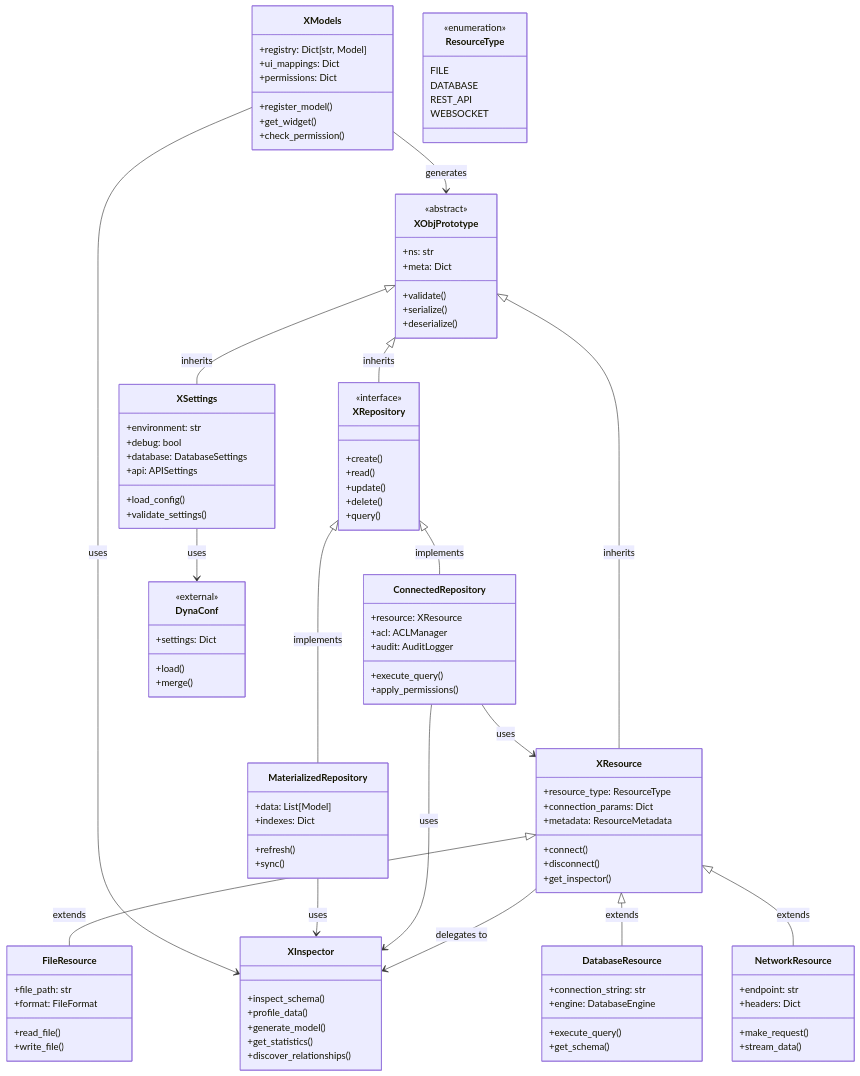
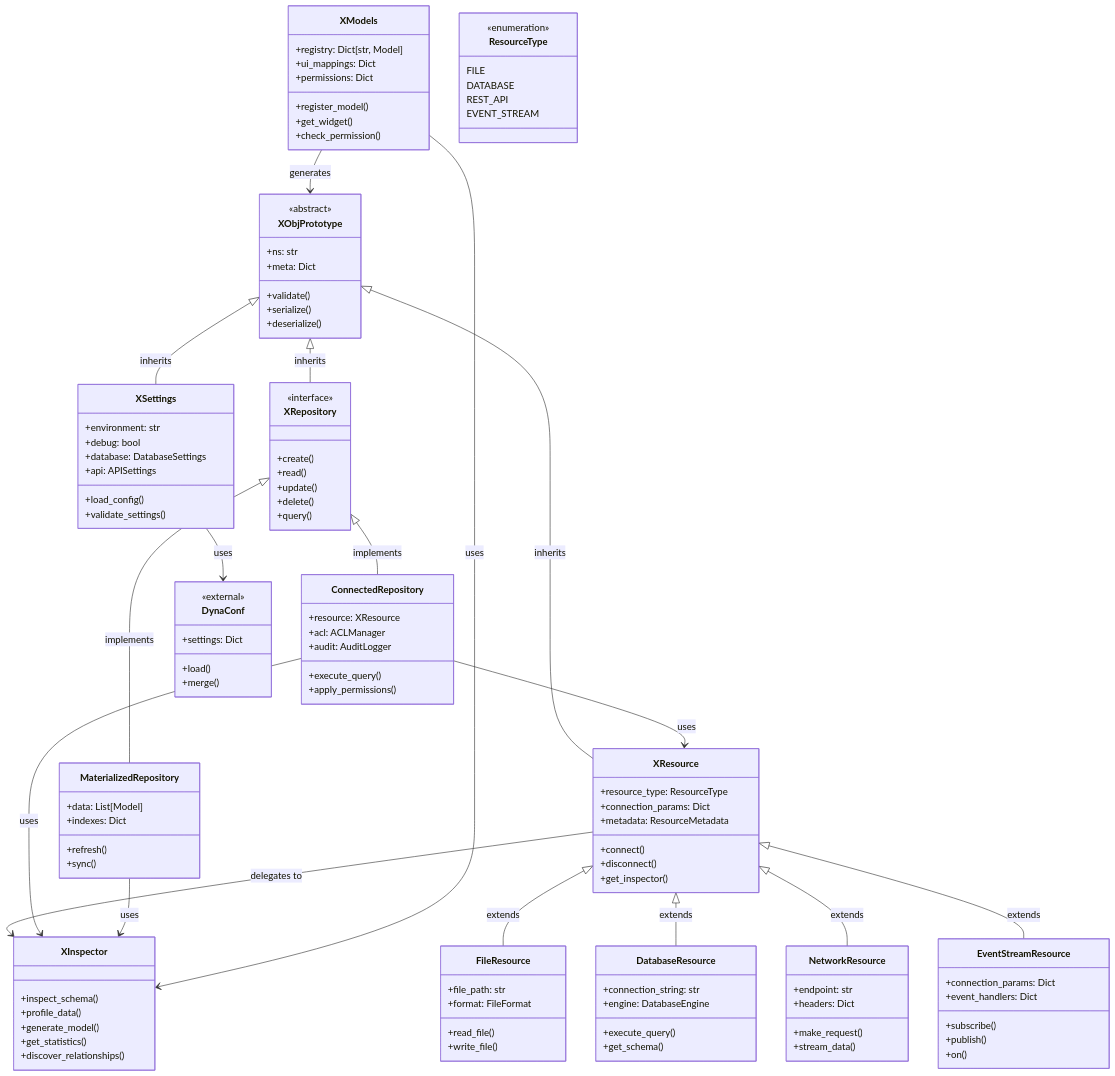
The first of 7 diagrams in FEATURES/XARCH.md (rpalshetkar/claudify), drawn with Mermaid before and after one commit. The commit also changed other lines of this file and 6 other files, not shown here.

````diff
--- a/FEATURES/XARCH.md
+++ b/FEATURES/XARCH.md
@@ -102,7 +116,7 @@
         FILE
         DATABASE
         REST_API
-        WEBSOCKET
+        EVENT_STREAM
     }
 
     class FileResource {
@@ -126,7 +140,16 @@
         +stream_data()
     }
 
+    class EventStreamResource {
+        +connection_params: Dict
+        +event_handlers: Dict
+        +subscribe()
+        +publish()
+        +on()
+    }
+
     XResource <|-- FileResource : extends
     XResource <|-- DatabaseResource : extends
     XResource <|-- NetworkResource : extends
+    XResource <|-- EventStreamResource : extends
 ```
````
